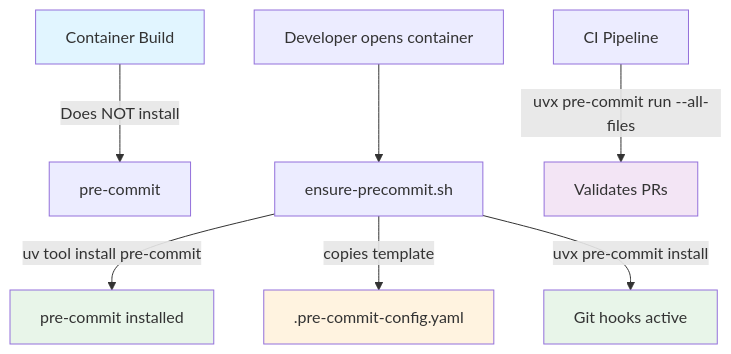
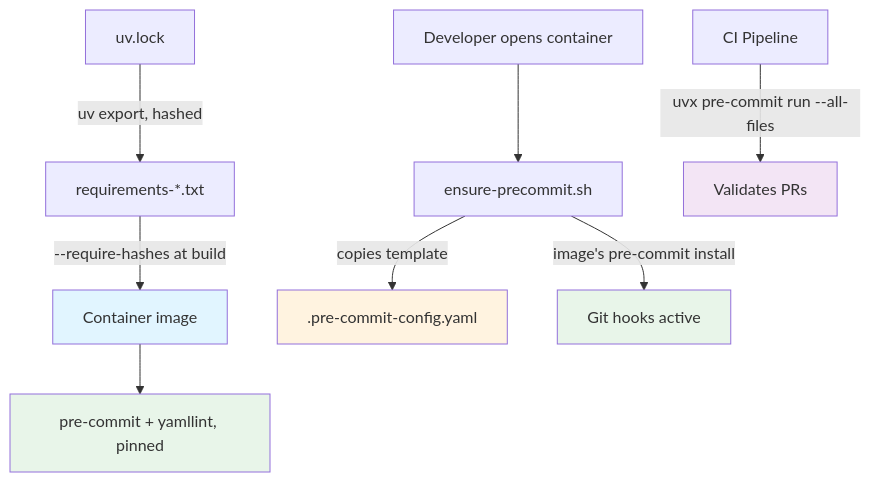
Before and after one commit to malpanez/ansible-devcontainer-vscode: the third of 11 diagrams in docs/ARCHITECTURE.md, drawn with Mermaid. The commit also changed other lines of this file and 26 other files, not shown here.

````diff
--- a/docs/ARCHITECTURE.md
+++ b/docs/ARCHITECTURE.md
@@ -99,17 +99,18 @@
 ```mermaid
 graph TD
-    A[Container Build] -->|Does NOT install| B[pre-commit]
+    L[uv.lock] -->|uv export, hashed| R[requirements-*.txt]
+    R -->|--require-hashes at build| A[Container image]
+    A --> E[pre-commit + yamllint, pinned]
 
     C[Developer opens container] --> D[ensure-precommit.sh]
-    D -->|uv tool install pre-commit| E[pre-commit installed]
     D -->|copies template| F[.pre-commit-config.yaml]
-    D -->|uvx pre-commit install| G[Git hooks active]
+    D -->|image's pre-commit install| G[Git hooks active]
 
     H[CI Pipeline] -->|uvx pre-commit run --all-files| I[Validates PRs]
 
     style A fill:#e1f5ff
     style E fill:#e8f5e9
     style F fill:#fff3e0
     style G fill:#e8f5e9
     style I fill:#f3e5f5
 ```
````
